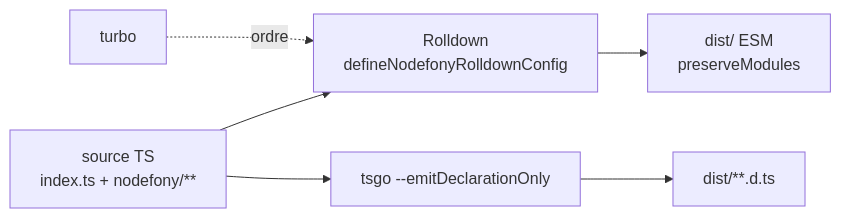
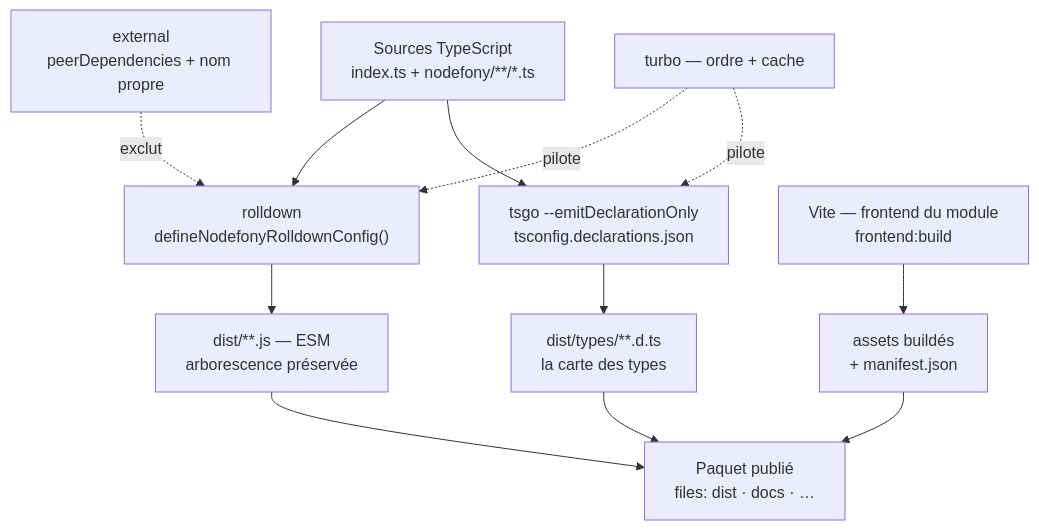
The first of 3 diagrams in docs/architecture/build-bundling.md (nodefony/nodefony-core), drawn with Mermaid before and after one commit. The commit also changed other lines of this file and 16 other files, not shown here.

````diff
--- a/docs/architecture/build-bundling.md
+++ b/docs/architecture/build-bundling.md
@@ -27,8 +45,15 @@
 ```mermaid
-flowchart LR
-  SRC["source TS<br/>index.ts + nodefony/**"] --> RD["Rolldown<br/>defineNodefonyRolldownConfig"]
-  RD --> DIST["dist/ ESM<br/>preserveModules"]
-  SRC --> TS["tsgo --emitDeclarationOnly"]
-  TS --> DTS["dist/**.d.ts"]
-  TURBO["turbo"] -.ordre.-> RD
+flowchart TD
+  SRC["Sources TypeScript<br/>index.ts + nodefony/**/*.ts"]
+  SRC --> RD["rolldown<br/>defineNodefonyRolldownConfig()"]
+  SRC --> TSGO["tsgo --emitDeclarationOnly<br/>tsconfig.declarations.json"]
+  RD --> DIST["dist/**.js — ESM<br/>arborescence préservée"]
+  TSGO --> DTS["dist/types/**.d.ts<br/>la carte des types"]
+  EXT["external<br/>peerDependencies + nom propre"] -.exclut.-> RD
+  DIST --> PKG["Paquet publié<br/>files: dist · docs · …"]
+  DTS --> PKG
+  VITE["Vite — frontend du module<br/>frontend:build"] --> ASSETS["assets buildés<br/>+ manifest.json"]
+  ASSETS --> PKG
+  TURBO["turbo — ordre + cache"] -.pilote.-> RD
+  TURBO -.pilote.-> TSGO
 ```
````
